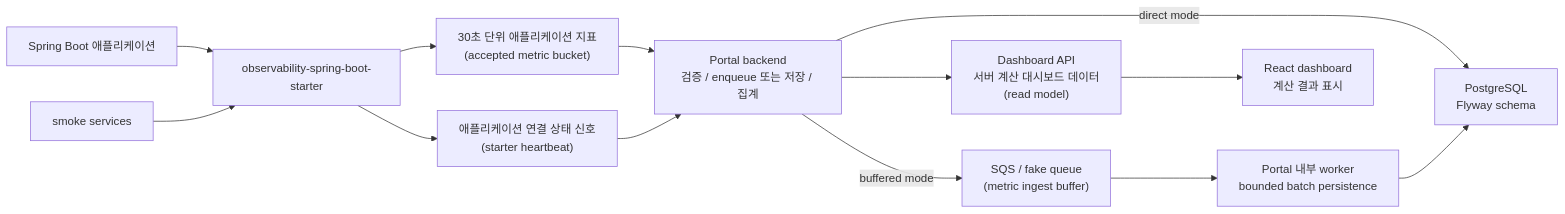
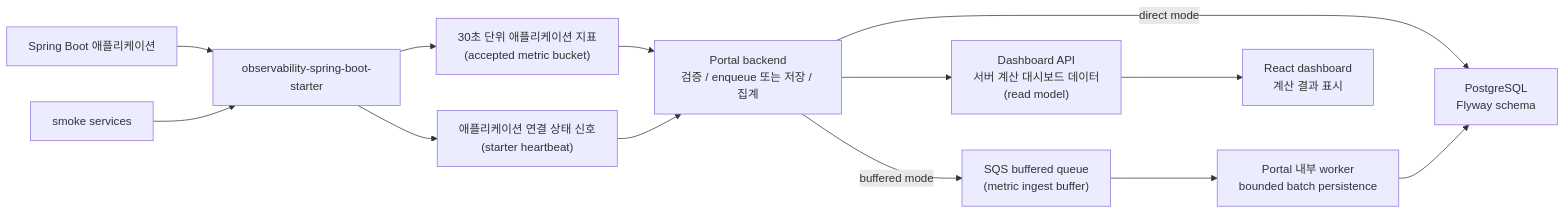
The diagram in README.md (tlsdla1235/obser_service), drawn with Mermaid before and after one commit. The commit also changed other lines of this file and 15 other files, not shown here.

Commit message:
docs: LocalStack SQS ingest evidence 정리

````diff
--- a/README.md
+++ b/README.md
@@ -26,15 +26,15 @@
 ```mermaid
 flowchart LR
   Host["Spring Boot 애플리케이션"] --> Starter["observability-spring-boot-starter"]
   Starter --> Metrics["30초 단위 애플리케이션 지표<br/>(accepted metric bucket)"]
   Starter --> Heartbeat["애플리케이션 연결 상태 신호<br/>(starter heartbeat)"]
   Metrics --> Portal["Portal backend<br/>검증 / enqueue 또는 저장 / 집계"]
   Heartbeat --> Portal
   Portal -->|direct mode| Db["PostgreSQL<br/>Flyway schema"]
-  Portal -->|buffered mode| Queue["SQS / fake queue<br/>(metric ingest buffer)"]
+  Portal -->|buffered mode| Queue["SQS buffered queue<br/>(metric ingest buffer)"]
   Queue --> Worker["Portal 내부 worker<br/>bounded batch persistence"]
   Worker --> Db
   Portal --> Api["Dashboard API<br/>서버 계산 대시보드 데이터<br/>(read model)"]
   Api --> Frontend["React dashboard<br/>계산 결과 표시"]
   Smoke["smoke services"] --> Starter
 ```
````
